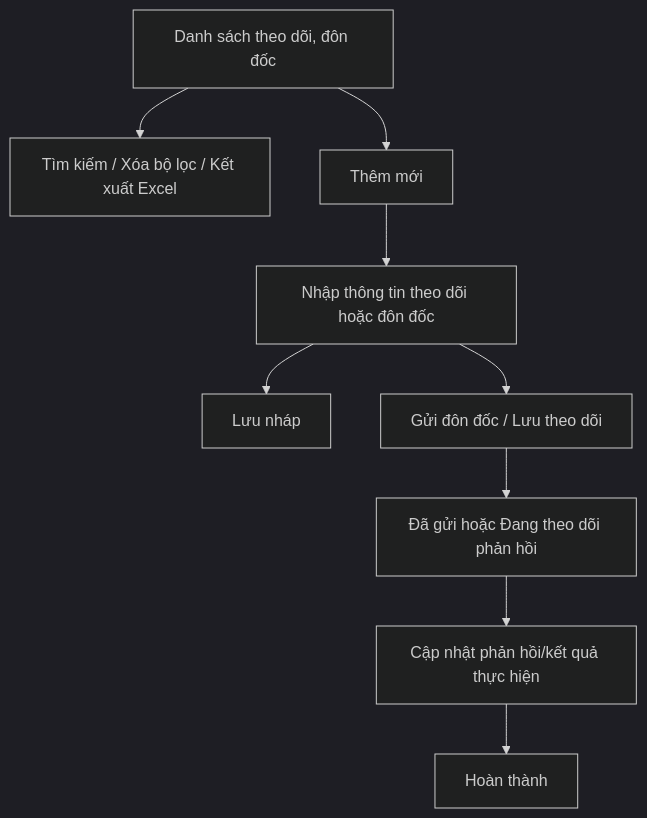
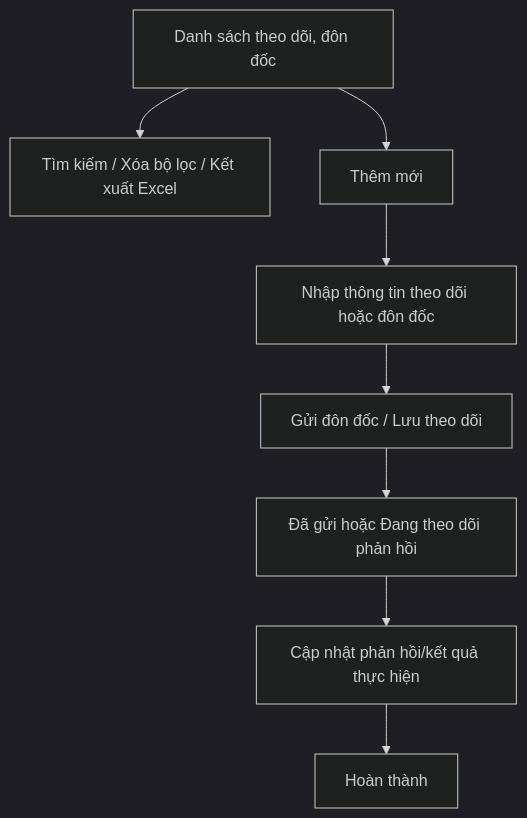
Before and after one commit to huyendt2007/BPBD_UI: the diagram in Tai lieu phan tich/03_Website_Quan_tri/03_Cong_tac_boi_thuong/SRS_BTNN_DungChung_BTP_STP_TheoDoi_DonDoc.md, drawn with Mermaid (dark theme). The commit also changed other lines of this file and 44 other files, not shown here.

````diff
--- a/Tai lieu phan tich/03_Website_Quan_tri/03_Cong_tac_boi_thuong/SRS_BTNN_DungChung_BTP_STP_TheoDoi_DonDoc.md
+++ b/Tai lieu phan tich/03_Website_Quan_tri/03_Cong_tac_boi_thuong/SRS_BTNN_DungChung_BTP_STP_TheoDoi_DonDoc.md
@@ -23,11 +23,10 @@
 ```mermaid
 flowchart TD
     A[Danh sách theo dõi, đôn đốc] --> B[Tìm kiếm / Xóa bộ lọc / Kết xuất Excel]
     A --> C[Thêm mới]
     C --> D[Nhập thông tin theo dõi hoặc đôn đốc]
-    D --> E[Lưu nháp]
     D --> F[Gửi đôn đốc / Lưu theo dõi]
     F --> G[Đã gửi hoặc Đang theo dõi phản hồi]
     G --> H[Cập nhật phản hồi/kết quả thực hiện]
     H --> I[Hoàn thành]
 ```
````
